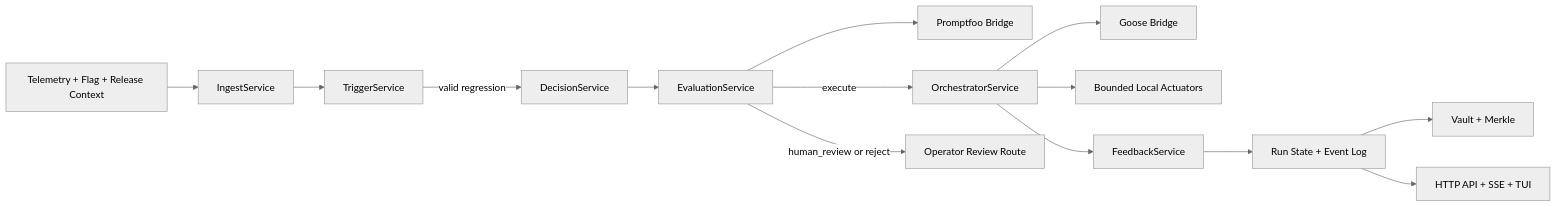
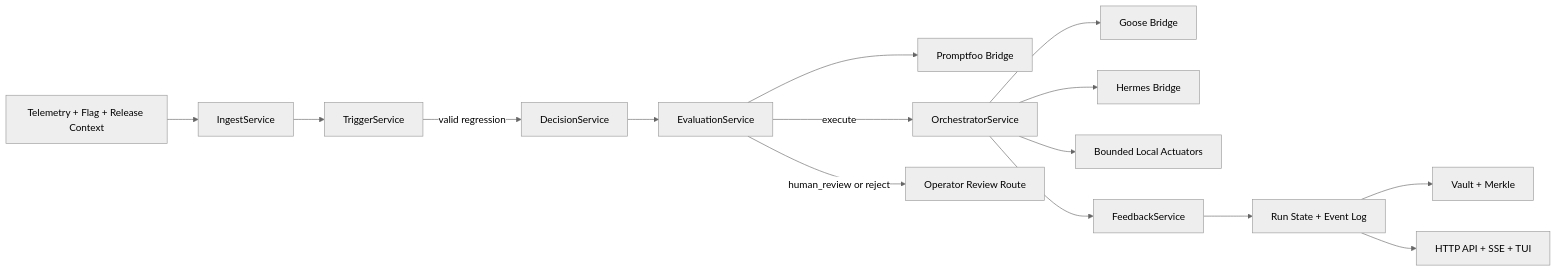
The first of 2 diagrams in architecture.md (LusisLabs/orbital-mesh), drawn with Mermaid (neutral theme) before and after one commit. The commit also changed other lines of this file and 28 other files, not shown here.

````diff
--- a/architecture.md
+++ b/architecture.md
@@ -11,16 +11,17 @@
 ```mermaid
 flowchart LR
     raw[Telemetry + Flag + Release Context] --> ingest[IngestService]
     ingest --> trigger[TriggerService]
     trigger -->|valid regression| decision[DecisionService]
     decision --> evaluation[EvaluationService]
     evaluation --> promptfoo[Promptfoo Bridge]
     evaluation -->|execute| orchestrator[OrchestratorService]
     evaluation -->|human_review or reject| operator[Operator Review Route]
     orchestrator --> goose[Goose Bridge]
+    orchestrator --> hermes[Hermes Bridge]
     orchestrator --> actuators[Bounded Local Actuators]
     orchestrator --> feedback[FeedbackService]
     feedback --> state[Run State + Event Log]
     state --> vault[Vault + Merkle]
     state --> api[HTTP API + SSE + TUI]
 ```
````
